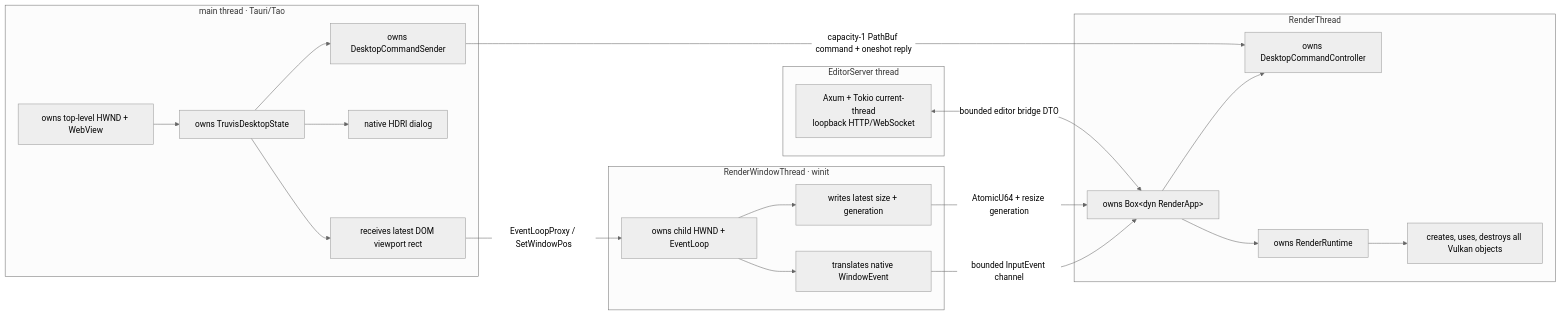
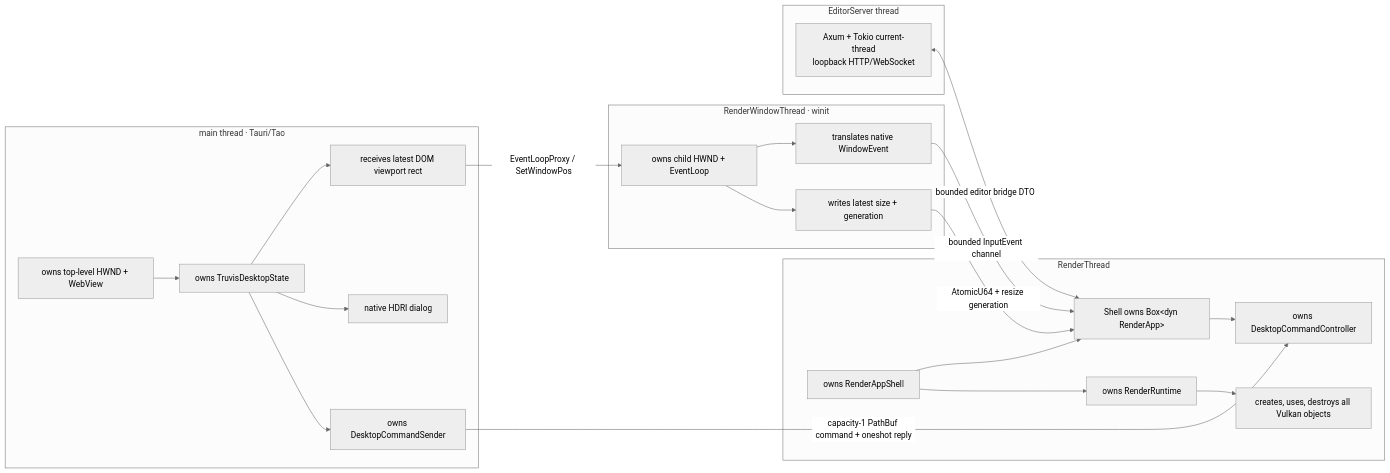
The diagram in docs/summaries/threading-and-resource-lifecycle.md (acccoco/TruvisRenderer), drawn with Mermaid (neutral theme) before and after one commit. The commit also changed other lines of this file and 24 other files, not shown here.

Commit message:
[update/app-frame] 收敛 RenderApp 契约并非泛型化 RenderAppShell

````diff
--- a/docs/summaries/threading-and-resource-lifecycle.md
+++ b/docs/summaries/threading-and-resource-lifecycle.md
@@ -10,41 +10,44 @@
 ```mermaid
 flowchart LR
     subgraph MainThread["main thread · Tauri/Tao"]
         Parent["owns top-level HWND + WebView"]
         Desktop["owns TruvisDesktopState"]
         DomRect["receives latest DOM viewport rect"]
         Dialog["native HDRI dialog"]
         Sender["owns DesktopCommandSender"]
         Parent --> Desktop
         Desktop --> DomRect
         Desktop --> Dialog
         Desktop --> Sender
     end
 
     subgraph WindowThread["RenderWindowThread · winit"]
         Child["owns child HWND + EventLoop"]
         Input["translates native WindowEvent"]
         Size["writes latest size + generation"]
         Child --> Input
         Child --> Size
     end
 
     subgraph RenderThread["RenderThread"]
-        RenderApp["owns Box&lt;dyn RenderApp&gt;"]
+        Shell["owns RenderAppShell"]
+        RenderApp["Shell owns Box&lt;dyn RenderApp&gt;"]
         DesktopCommand["owns DesktopCommandController"]
         Runtime["owns RenderRuntime"]
         Vulkan["creates, uses, destroys all Vulkan objects"]
+        Shell --> RenderApp
+        Shell --> Runtime
         RenderApp --> DesktopCommand
-        RenderApp --> Runtime --> Vulkan
+        Runtime --> Vulkan
     end
 
     subgraph ServerThread["EditorServer thread"]
         Server["Axum + Tokio current-thread<br/>loopback HTTP/WebSocket"]
     end
 
     DomRect -- "EventLoopProxy / SetWindowPos" --> Child
     Sender -- "capacity-1 PathBuf command + oneshot reply" --> DesktopCommand
     Input -- "bounded InputEvent channel" --> RenderApp
     Size -- "AtomicU64 + resize generation" --> RenderApp
     Server <-- "bounded editor bridge DTO" --> RenderApp
 ```
````
